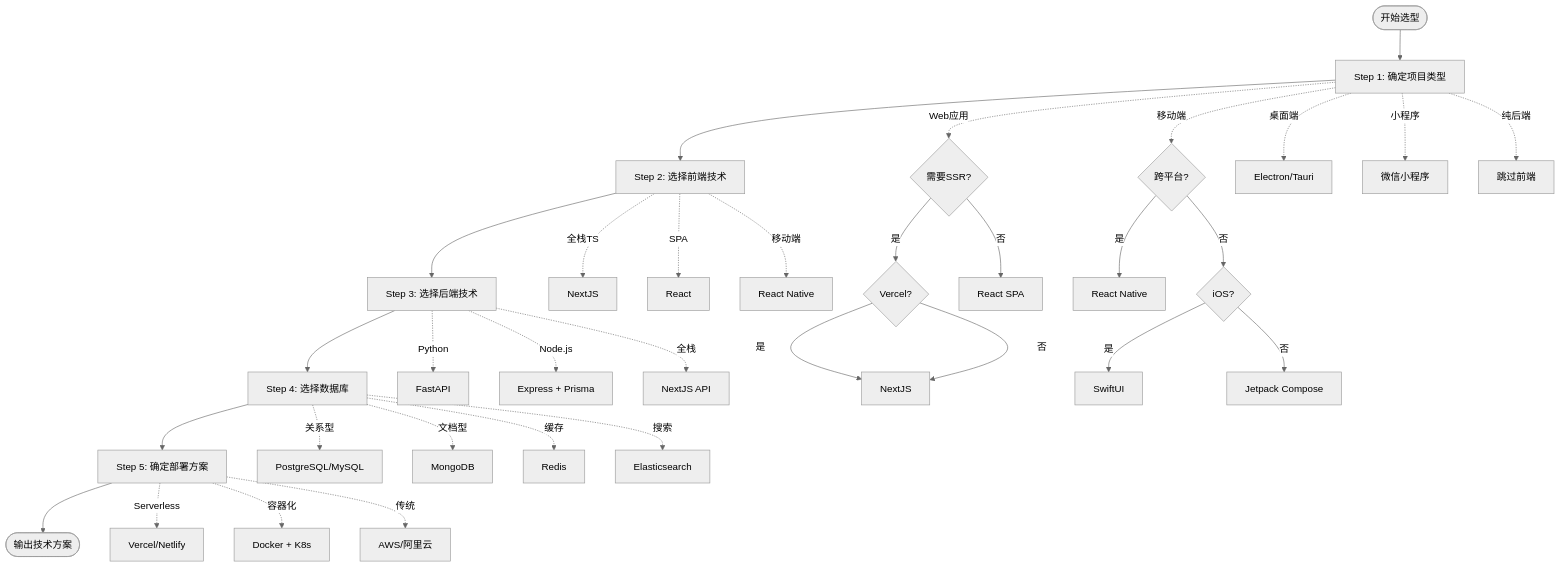
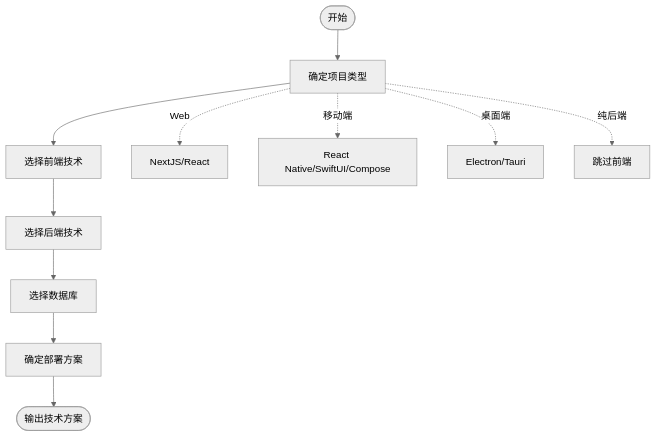
The first of 2 diagrams in skills/tech-architect/SKILL.md (Tooooommy/Trae-Workflow), drawn with Mermaid (neutral theme) before and after one commit. The commit also changed other lines of this file, not shown here.

Commit message:
refactor(tech-architect): 优化技术选型流程，简化Mermaid图和步骤说明

````diff
--- a/skills/tech-architect/SKILL.md
+++ b/skills/tech-architect/SKILL.md
@@ -26,43 +24,14 @@
 ```mermaid
 flowchart TD
-    Start([开始选型]) --> Step1[Step 1: 确定项目类型]
+    Start([开始]) --> A[确定项目类型]
+    A --> B[选择前端技术]
+    B --> C[选择后端技术]
+    C --> D[选择数据库]
+    D --> E[确定部署方案]
+    E --> End([输出技术方案])
 
-    Step1 --> Step2[Step 2: 选择前端技术]
-    Step2 --> Step3[Step 3: 选择后端技术]
-    Step3 --> Step4[Step 4: 选择数据库]
-    Step4 --> Step5[Step 5: 确定部署方案]
-    Step5 --> End([输出技术方案])
-
-    Step1 -.->|Web应用| W1{需要SSR?}
-    Step1 -.->|移动端| M1{跨平台?}
-    Step1 -.->|桌面端| D1[Electron/Tauri]
-    Step1 -.->|小程序| W2[微信小程序]
-    Step1 -.->|纯后端| B1[跳过前端]
-
-    W1 -->|是| W3{Vercel?}
-    W1 -->|否| W4[React SPA]
-    W3 -->|是| W5[NextJS]
-    W3 -->|否| W5[NextJS]
-
-    M1 -->|是| M2[React Native]
-    M1 -->|否| M3{iOS?}
-    M3 -->|是| M4[SwiftUI]
-    M3 -->|否| M5[Jetpack Compose]
-
-    Step2 -.->|全栈TS| F1[NextJS]
-    Step2 -.->|SPA| F2[React]
-    Step2 -.->|移动端| F3[React Native]
-
-    Step3 -.->|Python| B2[FastAPI]
-    Step3 -.->|Node.js| B3[Express + Prisma]
-    Step3 -.->|全栈| B4[NextJS API]
-
-    Step4 -.->|关系型| DB1[PostgreSQL/MySQL]
-    Step4 -.->|文档型| DB2[MongoDB]
-    Step4 -.->|缓存| DB3[Redis]
-    Step4 -.->|搜索| DB4[Elasticsearch]
-
-    Step5 -.->|Serverless| De1[Vercel/Netlify]
-    Step5 -.->|容器化| De2[Docker + K8s]
-    Step5 -.->|传统| De3[AWS/阿里云]
+    A -.->|Web| A1[NextJS/React]
+    A -.->|移动端| A2[React Native/SwiftUI/Compose]
+    A -.->|桌面端| A3[Electron/Tauri]
+    A -.->|纯后端| A4[跳过前端]
 ```
````
